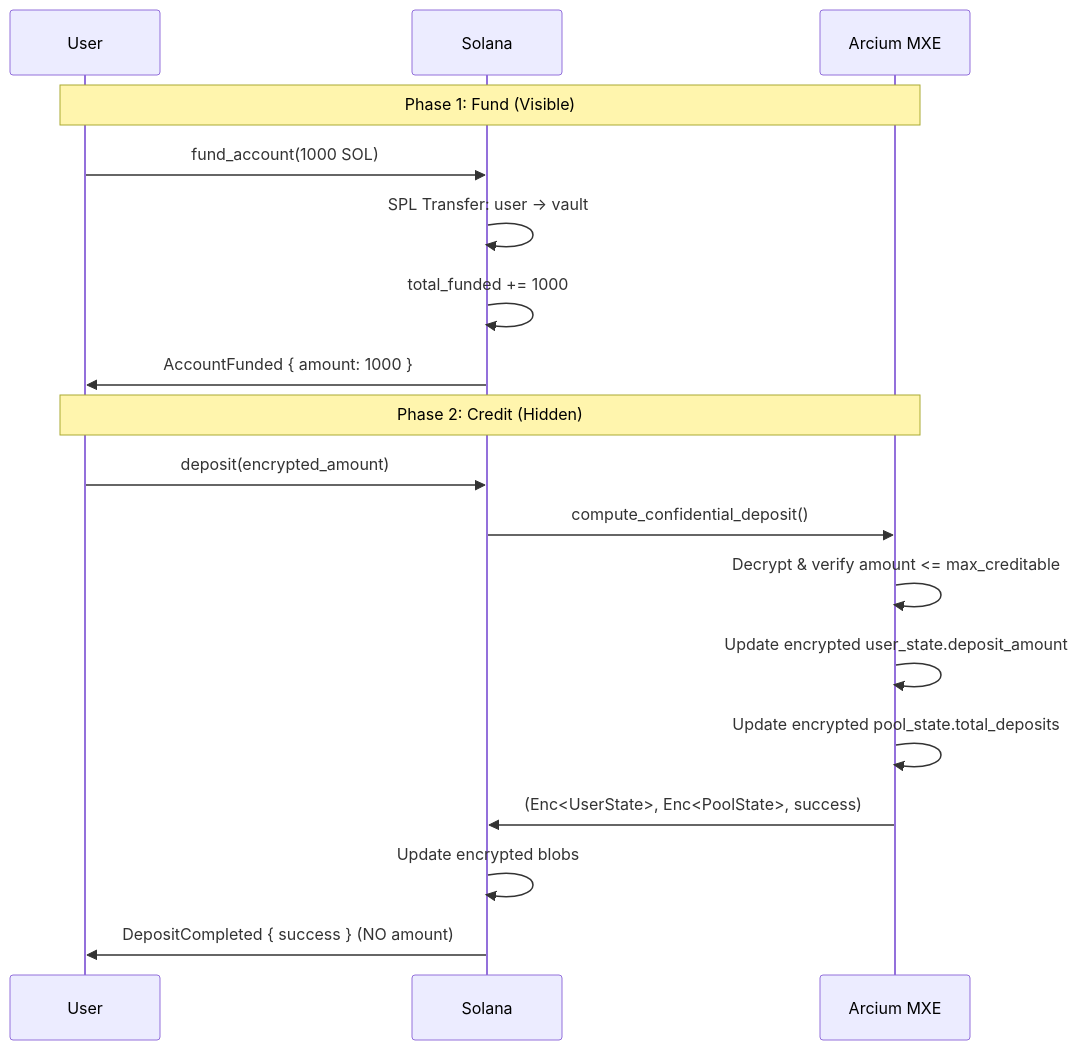
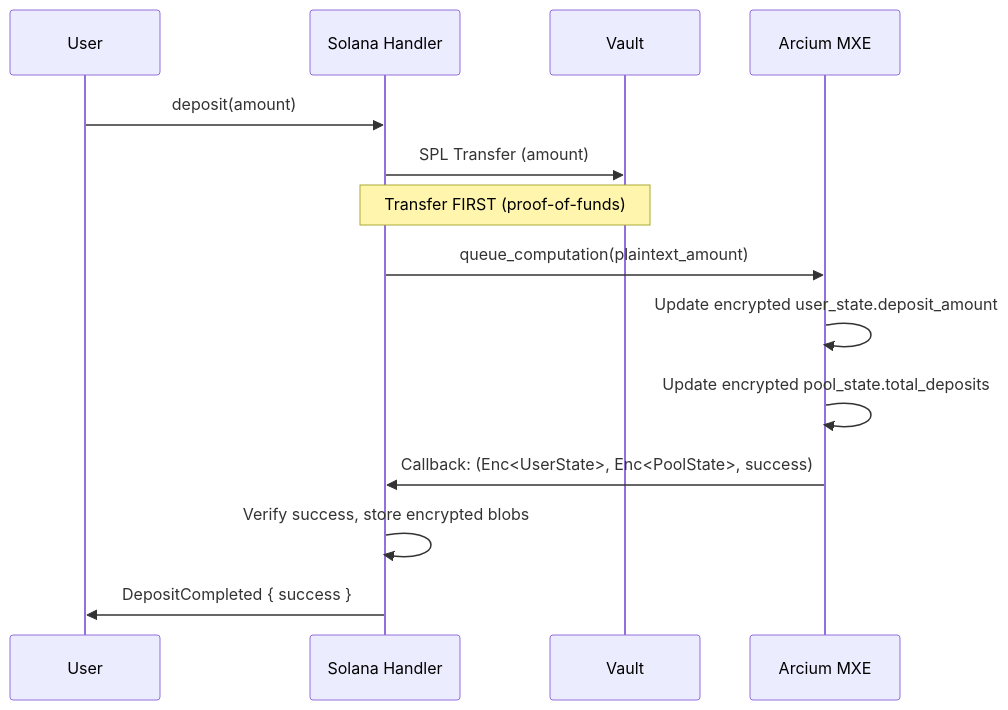
The second of 6 diagrams in docs/ARCHITECTURE_MVP.md (Venkat5599/ShadowLend), drawn with Mermaid before and after one commit. The commit also changed other lines of this file and 1 other file, not shown here.

````diff
--- a/docs/ARCHITECTURE_MVP.md
+++ b/docs/ARCHITECTURE_MVP.md
@@ -246,22 +238,17 @@
 ```mermaid
 sequenceDiagram
     participant U as User
-    participant S as Solana
+    participant S as Solana Handler
+    participant V as Vault
     participant M as Arcium MXE
 
-    Note over U,M: Phase 1: Fund (Visible)
-    U->>S: fund_account(1000 SOL)
-    S->>S: SPL Transfer: user → vault
-    S->>S: total_funded += 1000
-    S->>U: AccountFunded { amount: 1000 }
-
-    Note over U,M: Phase 2: Credit (Hidden)
-    U->>S: deposit(encrypted_amount)
-    S->>M: compute_confidential_deposit()
-    M->>M: Decrypt & verify amount <= max_creditable
+    U->>S: deposit(amount)
+    S->>V: SPL Transfer (amount)
+    Note over S,V: Transfer FIRST (proof-of-funds)
+    S->>M: queue_computation(plaintext_amount)
     M->>M: Update encrypted user_state.deposit_amount
     M->>M: Update encrypted pool_state.total_deposits
-    M->>S: (Enc<UserState>, Enc<PoolState>, success)
-    S->>S: Update encrypted blobs
-    S->>U: DepositCompleted { success } (NO amount)
+    M->>S: Callback: (Enc<UserState>, Enc<PoolState>, success)
+    S->>S: Verify success, store encrypted blobs
+    S->>U: DepositCompleted { success }
 ```
````
